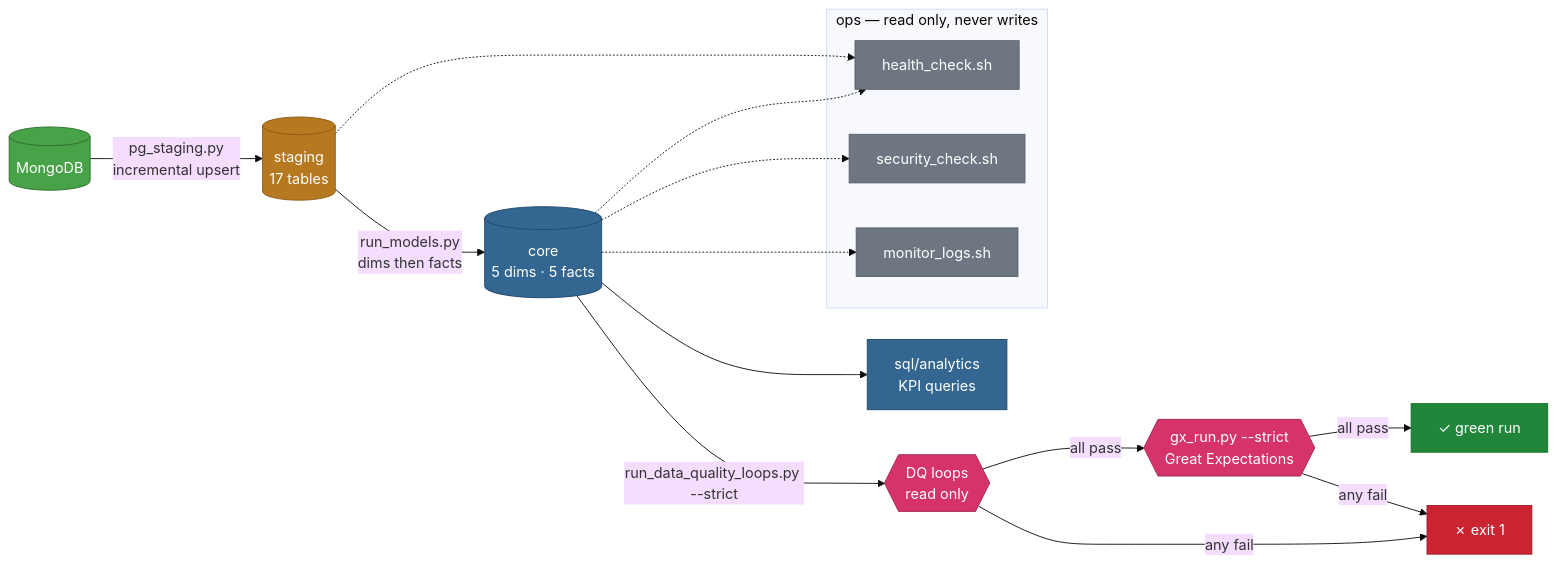
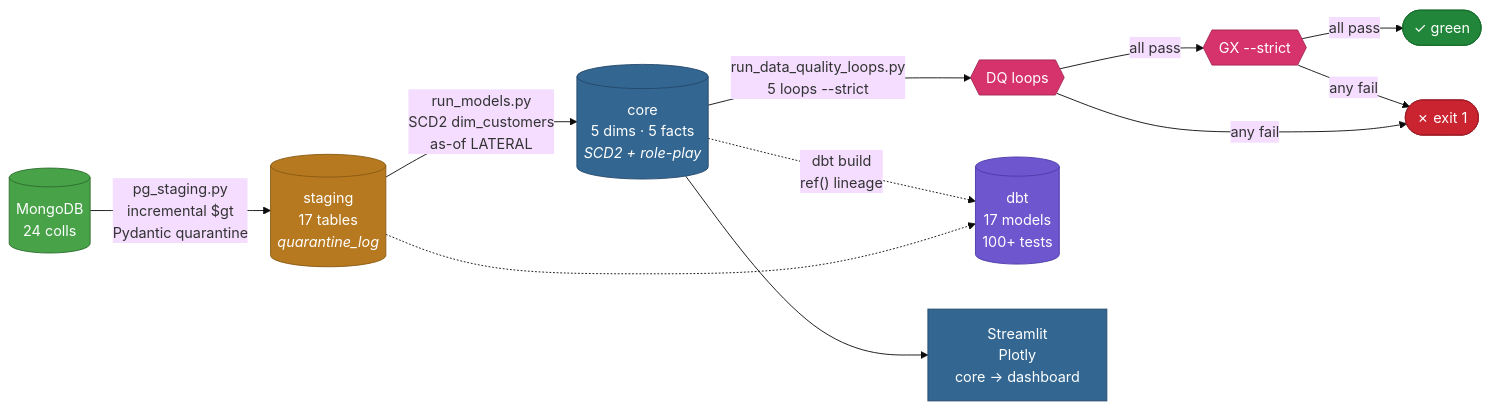
The diagram in README.md (Nitinx12/Data-Modelling), drawn with Mermaid (base theme) before and after one commit. The commit also changed other lines of this file, not shown here.

Commit message:
docs(readme): compact production README with badges, mermaid and dbt

````diff
--- a/README.md
+++ b/README.md
@@ -47,38 +64,29 @@
 ```mermaid
 flowchart LR
-    M[("MongoDB")] -->|"pg_staging.py<br/>incremental upsert"| S[("staging<br/>17 tables")]
-    S -->|"run_models.py<br/>dims then facts"| C[("core<br/>5 dims · 5 facts")]
-    C -->|"run_data_quality_loops.py --strict"| Q{{"DQ loops<br/>read only"}}
-    Q -->|"all pass"| GX{{"gx_run.py --strict<br/>Great Expectations"}}
-    GX -->|"all pass"| G["✓ green run"]
-    GX -->|"any fail"| F["✗ exit 1"]
-    Q -->|"any fail"| F
-    C --> A["sql/analytics<br/>KPI queries"]
+    M[("MongoDB<br/>24 colls")] -->|"pg_staging.py<br/>incremental $gt<br/>Pydantic quarantine"| S[("staging<br/>17 tables<br/><i>quarantine_log</i>")]
+    S -->|"run_models.py<br/>SCD2 dim_customers<br/>as-of LATERAL"| C[("core<br/>5 dims · 5 facts<br/><i>SCD2 + role-play</i>")]
+    C -->|"run_data_quality_loops.py<br/>5 loops --strict"| Q{{"DQ loops"}}
+    Q -->|"all pass"| G{{"GX --strict"}}
+    G -->|"all pass"| OK(["✓ green"])
+    G -->|"any fail"| FAIL(["✗ exit 1"])
+    Q -->|"any fail"| FAIL
+    C -.->|"dbt build<br/>ref() lineage"| DBT[("dbt<br/>17 models<br/>100+ tests")]
+    S -.-> DBT
+    C --> DASH["Streamlit<br/>Plotly<br/>core → dashboard"]
 
-    subgraph OPSBOX ["ops — read only, never writes"]
-        H["health_check.sh"]
-        SC["security_check.sh"]
-        L["monitor_logs.sh"]
-    end
-
-    S -.-> H
-    C -.-> H
-    C -.-> SC
-    C -.-> L
-
-    classDef source fill:#47A248,stroke:#2d6e2e,color:#fff
-    classDef stage fill:#B7791F,stroke:#8a5a13,color:#fff
+    classDef src fill:#47A248,stroke:#2d6e2e,color:#fff
+    classDef stg fill:#B7791F,stroke:#8a5a13,color:#fff
     classDef core fill:#336791,stroke:#24486b,color:#fff
     classDef dq fill:#D6336C,stroke:#a32653,color:#fff
     classDef ok fill:#22863A,stroke:#176f2c,color:#fff
     classDef bad fill:#CB2431,stroke:#9d1c26,color:#fff
-    classDef ops fill:#6E7681,stroke:#586069,color:#fff
-
-    class M source
-    class S stage
-    class C,A core
-    class Q,GX dq
-    class G ok
-    class F bad
-    class H,SC,L ops
+    classDef alt fill:#6E56CF,stroke:#4a3aa8,color:#fff
+    class M src
+    class S stg
+    class C core
+    class DASH core
+    class Q,G dq
+    class OK ok
+    class FAIL bad
+    class DBT alt
 ```
````
